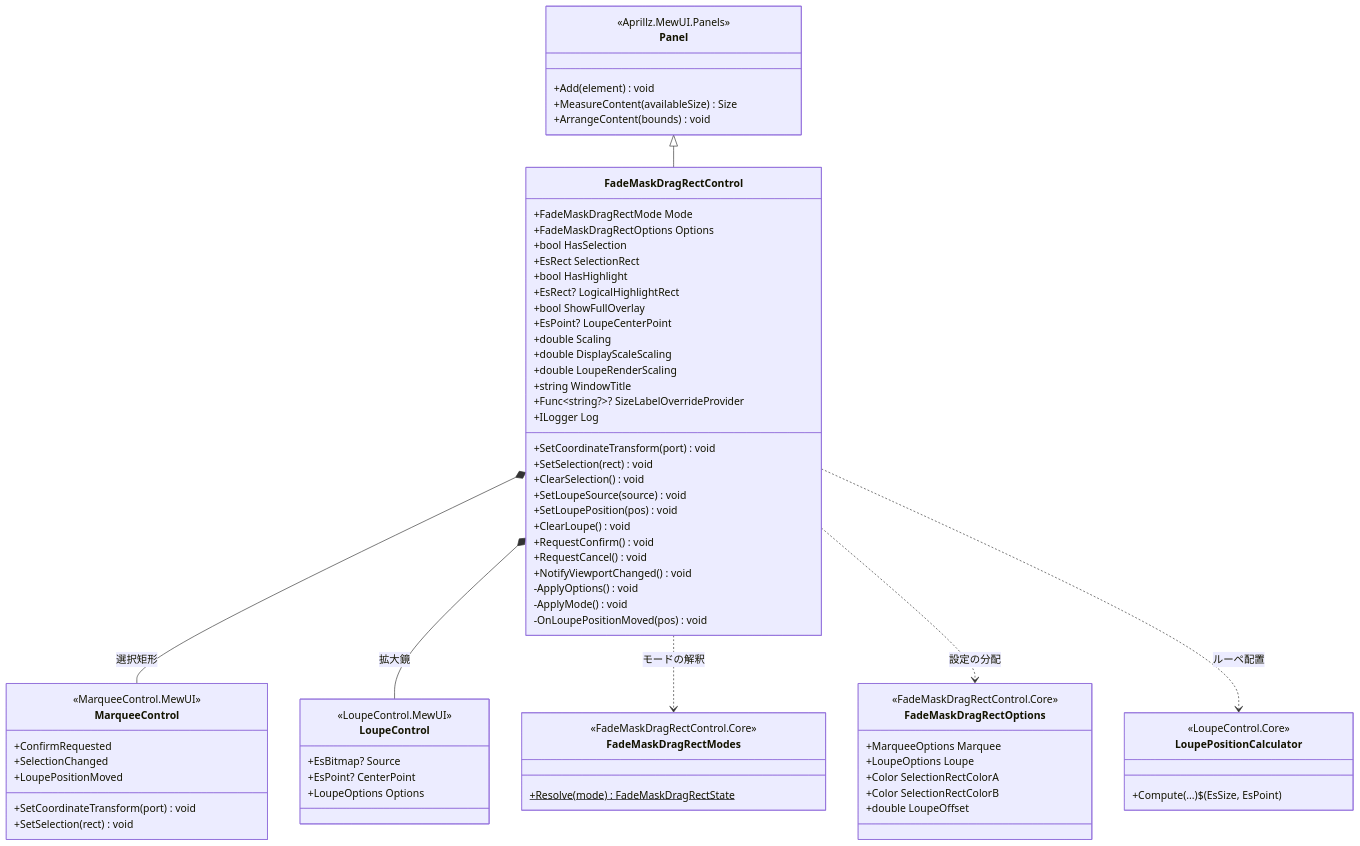
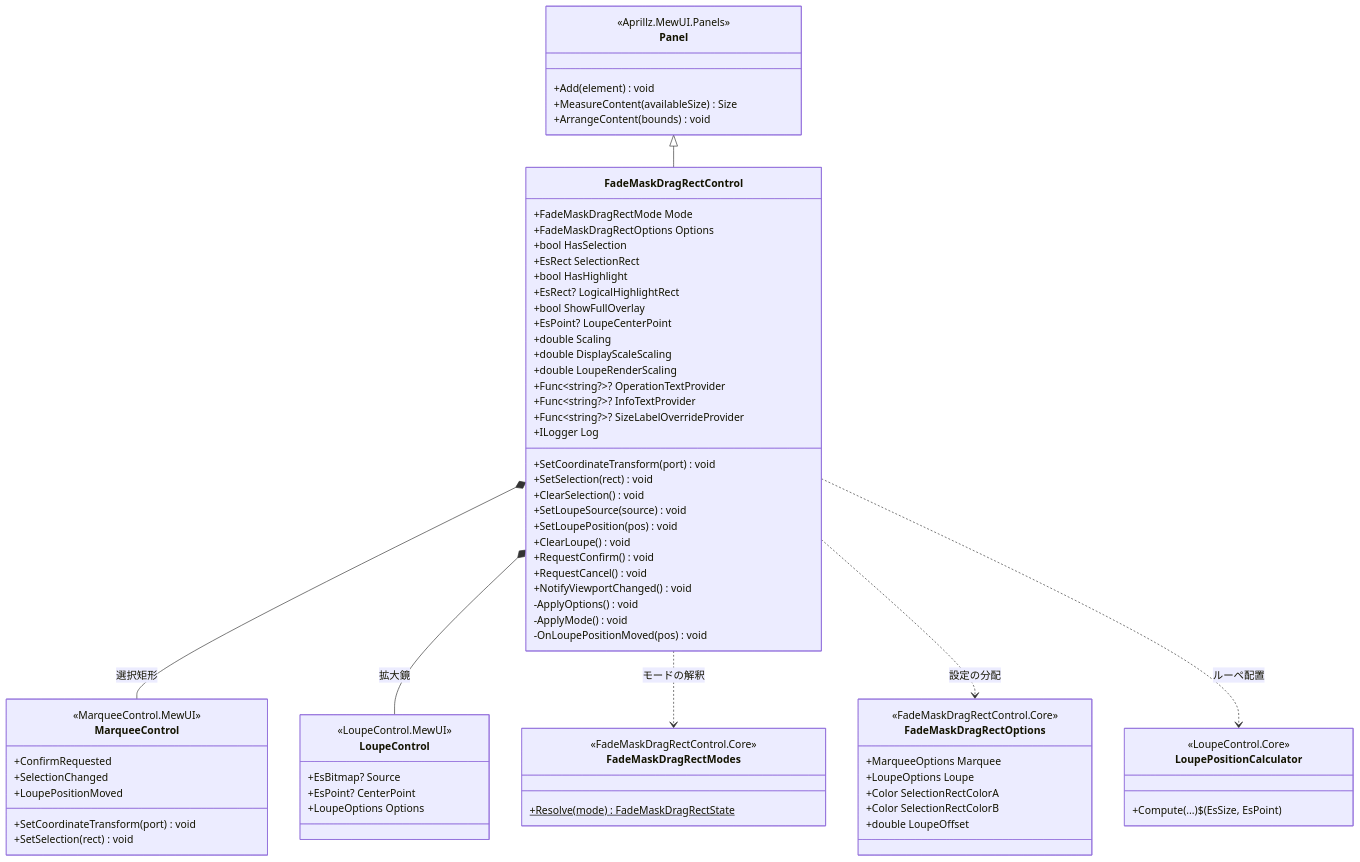
The first of 4 diagrams in src/FadeMaskDragRectControl.MewUI/SPEC_System.md (tomokuni/SaveEvidence), drawn with Mermaid before and after one commit. The commit also changed other lines of this file and 185 other files, not shown here.

````diff
--- a/src/FadeMaskDragRectControl.MewUI/SPEC_System.md
+++ b/src/FadeMaskDragRectControl.MewUI/SPEC_System.md
@@ -95,74 +94,75 @@
 ```mermaid
 classDiagram
     class Panel {
         <<Aprillz.MewUI.Panels>>
         +Add(element) void
         +MeasureContent(availableSize) Size
         +ArrangeContent(bounds) void
     }
     class FadeMaskDragRectControl {
         +FadeMaskDragRectMode Mode
         +FadeMaskDragRectOptions Options
         +bool HasSelection
         +EsRect SelectionRect
         +bool HasHighlight
         +EsRect? LogicalHighlightRect
         +bool ShowFullOverlay
         +EsPoint? LoupeCenterPoint
         +double Scaling
         +double DisplayScaleScaling
         +double LoupeRenderScaling
-        +string WindowTitle
+        +Func~string?~? OperationTextProvider
+        +Func~string?~? InfoTextProvider
         +Func~string?~? SizeLabelOverrideProvider
         +ILogger Log
         +SetCoordinateTransform(port) void
         +SetSelection(rect) void
         +ClearSelection() void
         +SetLoupeSource(source) void
         +SetLoupePosition(pos) void
         +ClearLoupe() void
         +RequestConfirm() void
         +RequestCancel() void
         +NotifyViewportChanged() void
         -ApplyOptions() void
         -ApplyMode() void
         -OnLoupePositionMoved(pos) void
     }
     class MarqueeControl {
         <<MarqueeControl.MewUI>>
         +SetCoordinateTransform(port) void
         +SetSelection(rect) void
         +ConfirmRequested
         +SelectionChanged
         +LoupePositionMoved
     }
     class LoupeControl {
         <<LoupeControl.MewUI>>
         +EsBitmap? Source
         +EsPoint? CenterPoint
         +LoupeOptions Options
     }
     class FadeMaskDragRectModes {
         <<FadeMaskDragRectControl.Core>>
         +Resolve(mode)$ FadeMaskDragRectState
     }
     class FadeMaskDragRectOptions {
         <<FadeMaskDragRectControl.Core>>
         +MarqueeOptions Marquee
         +LoupeOptions Loupe
         +Color SelectionRectColorA
         +Color SelectionRectColorB
         +double LoupeOffset
     }
     class LoupePositionCalculator {
         <<LoupeControl.Core>>
         +Compute(...)$ (EsSize, EsPoint)
     }
 
     Panel <|-- FadeMaskDragRectControl
     FadeMaskDragRectControl *-- MarqueeControl : 選択矩形
     FadeMaskDragRectControl *-- LoupeControl : 拡大鏡
     FadeMaskDragRectControl ..> FadeMaskDragRectModes : モードの解釈
     FadeMaskDragRectControl ..> FadeMaskDragRectOptions : 設定の分配
     FadeMaskDragRectControl ..> LoupePositionCalculator : ルーペ配置
 ```
````
